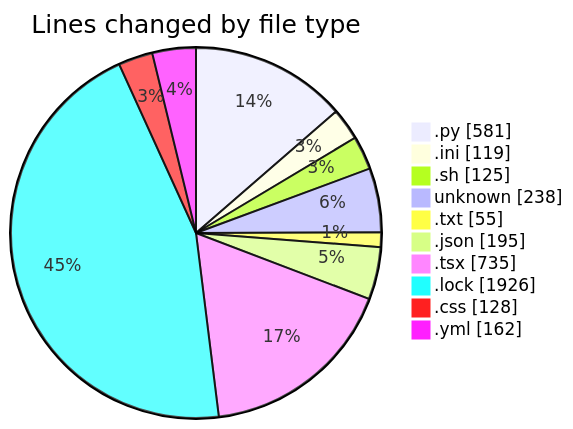
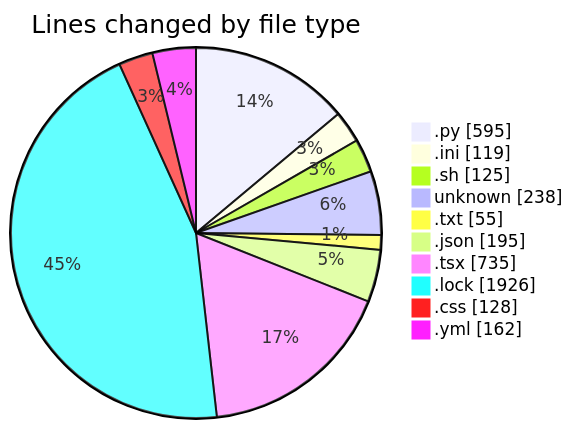
The first of 2 diagrams in 2025-05-12/niten/README.md (Elitesun/code-tracking), drawn with Mermaid before and after one commit. The commit also changed other lines of this file and 1 other file, not shown here.

````diff
--- a/2025-05-12/niten/README.md
+++ b/2025-05-12/niten/README.md
@@ -38,14 +38,14 @@
 ```mermaid
 pie showData
 title Lines changed by file type
-".py" : 581
+".py" : 595
 ".ini" : 119
 ".sh" : 125
 "unknown" : 238
 ".txt" : 55
 ".json" : 195
 ".tsx" : 735
 ".lock" : 1926
 ".css" : 128
 ".yml" : 162
 ```
````
